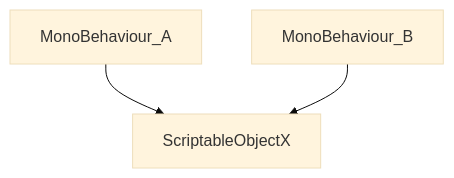
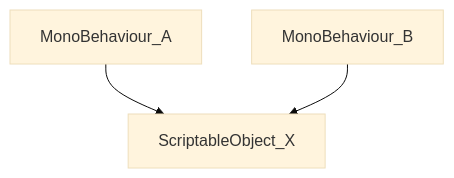
Before and after one commit to icaro56/icaro56.github.io: the diagram in pages/SimpleAtom.md, drawn with Mermaid (base theme). The commit also changed other lines of this file, not shown here.

Commit message:
finish introduction

````diff
--- a/pages/SimpleAtom.md
+++ b/pages/SimpleAtom.md
@@ -8,5 +8,5 @@
 ```mermaid
 graph TD;
-    MonoBehaviour_A-->ScriptableObjectX;
-    MonoBehaviour_B-->ScriptableObjectX;
+    MonoBehaviour_A-->ScriptableObject_X;
+    MonoBehaviour_B-->ScriptableObject_X;
 ```
````
